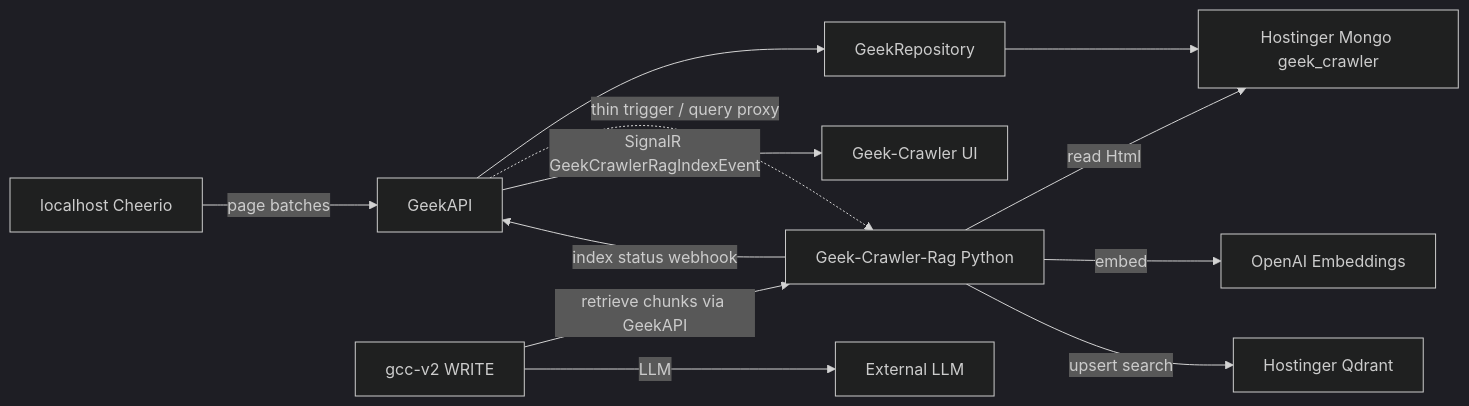
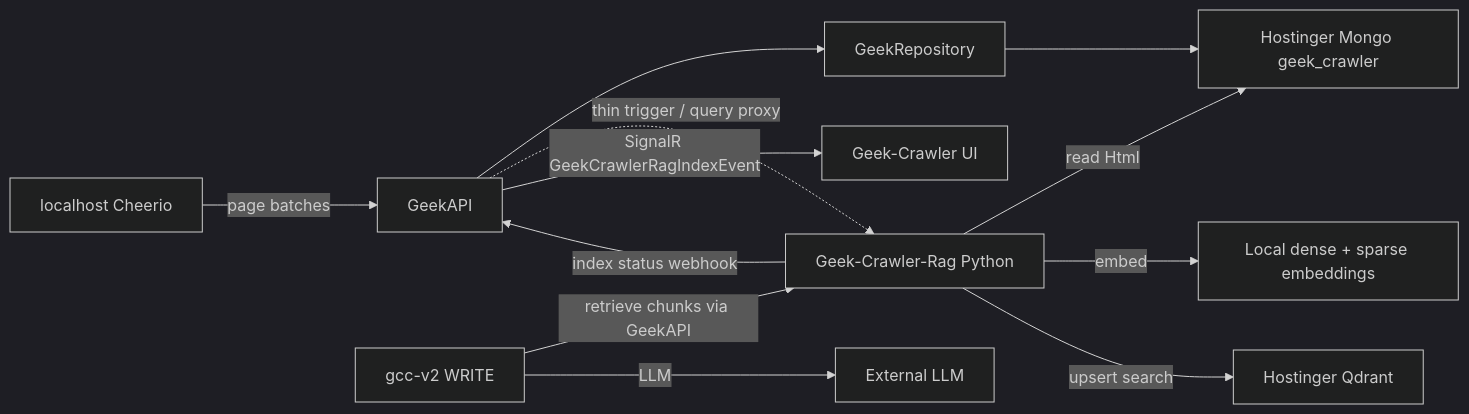
The diagram in architecture.md (jmartinemployment/Geek-Crawler-Rag), drawn with Mermaid (dark theme) before and after one commit. The commit also changed other lines of this file and 9 other files, not shown here.

````diff
--- a/architecture.md
+++ b/architecture.md
@@ -29,21 +29,21 @@
 ```mermaid
 flowchart LR
   cheerio[localhost Cheerio]
   api[GeekAPI]
   repo[GeekRepository]
   mongo[Hostinger Mongo geek_crawler]
   rag[Geek-Crawler-Rag Python]
   qdrant[Hostinger Qdrant]
   write[gcc-v2 WRITE]
   ui[Geek-Crawler UI]
 
   cheerio -->|page batches| api --> repo --> mongo
   api -.->|thin trigger / query proxy| rag
   rag -->|read Html| mongo
-  rag -->|embed| openai[OpenAI Embeddings]
+  rag -->|embed| embed[Local dense + sparse embeddings]
   rag -->|upsert search| qdrant
   rag -->|index status webhook| api
   api -->|SignalR GeekCrawlerRagIndexEvent| ui
   write -->|retrieve chunks via GeekAPI| rag
   write -->|LLM| llm[External LLM]
 ```
````
